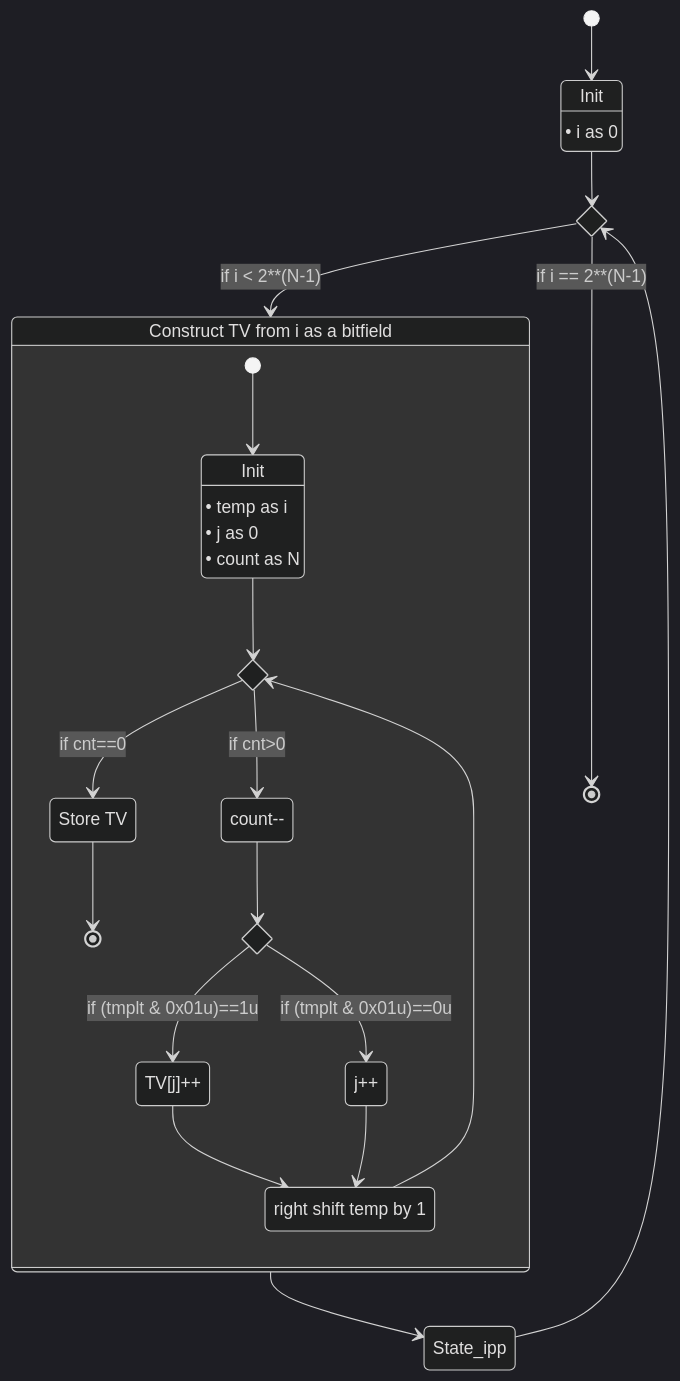
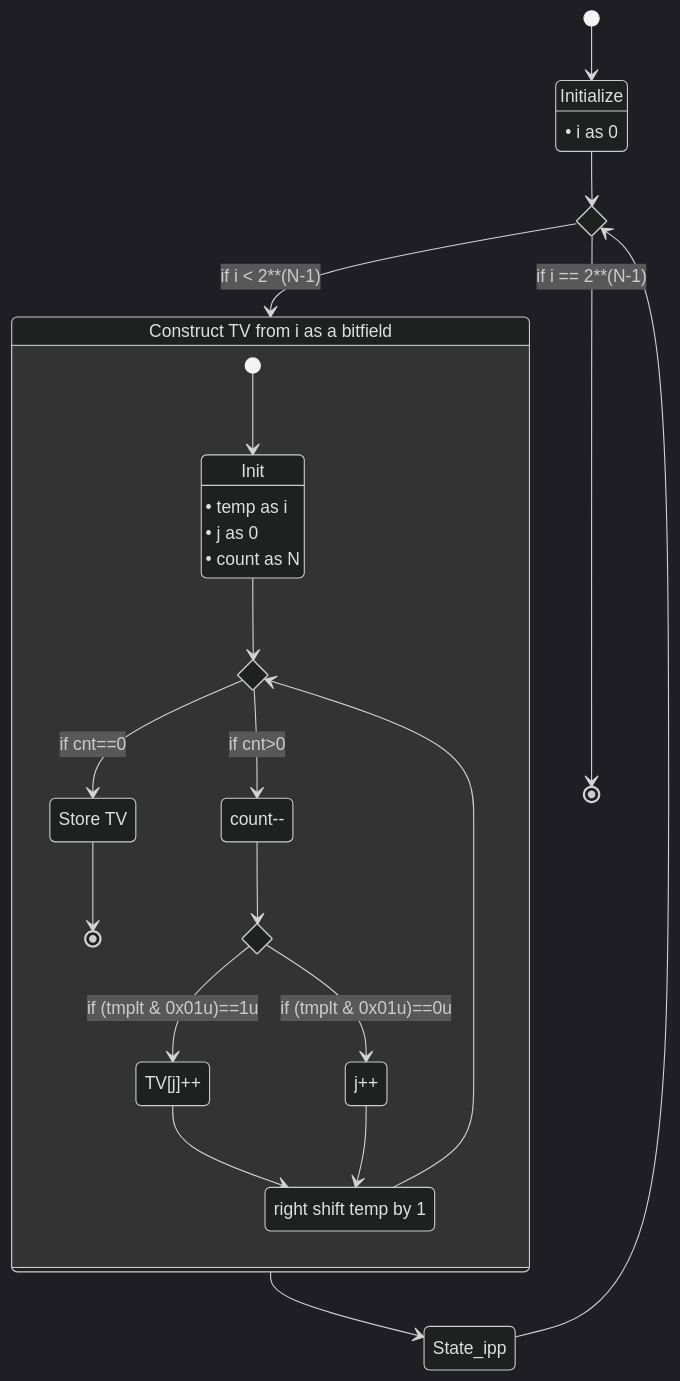
The third of 3 diagrams in sections/software/documentation/generators/rational.md (Joecstarr/thesis), drawn with Mermaid (dark theme) before and after one commit. The commit also changed other lines of this file and 17 other files, not shown here.

Commit message:
Improve: Adds decorators for class diagrams. Adds two computations for arborescent generation.

````diff
--- a/sections/software/documentation/generators/rational.md
+++ b/sections/software/documentation/generators/rational.md
@@ -93,40 +93,40 @@
 ```mermaid
 stateDiagram-v2
     state if_done <<choice>>
-    state "Init " as State_i
+    state "Initialize " as State_i
     state "• i as 0 " as State_i
     state State_ipp: i++
     state "Construct TV from i as a bitfield" as tv_calc{
         state "Init" as State_temp
         state "• temp as i" as State_temp
         state "• j as 0" as State_temp
         state "• count as N" as State_temp
         State_jpp: j++
         State_cntmm: count--
         State_sum_tv: TV[j]++
         State_rsh: right shift temp by 1
         state if_lsb <<choice>>
         state if_cnteo <<choice>>
         State_store_tv: Store TV
 
         [*] --> State_temp
         State_temp --> if_cnteo
         if_cnteo--> State_cntmm: if cnt>0
         if_cnteo--> State_store_tv: if cnt==0
         State_store_tv --> [*]
 
         State_cntmm -->if_lsb
         if_lsb -->State_sum_tv: if (tmplt & 0x01u)==1u
         State_sum_tv --> State_rsh
         if_lsb -->State_jpp: if (tmplt & 0x01u)==0u
         State_jpp --> State_rsh
         State_rsh --> if_cnteo
     }
     [*] --> State_i
     State_i --> if_done
     if_done --> tv_calc: if i < 2**(N-1)
     tv_calc --> State_ipp
     State_ipp --> if_done
     if_done --> [*]: if i == 2**(N-1)
 
 ```
````
